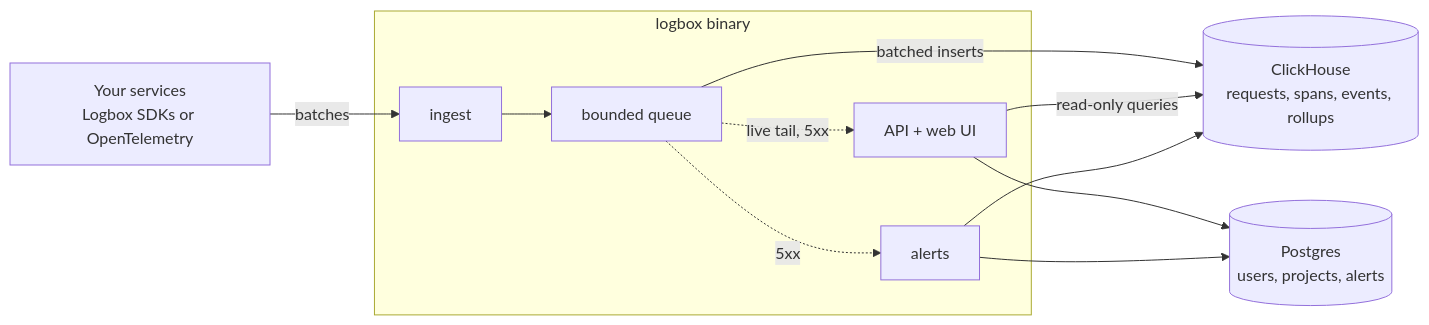
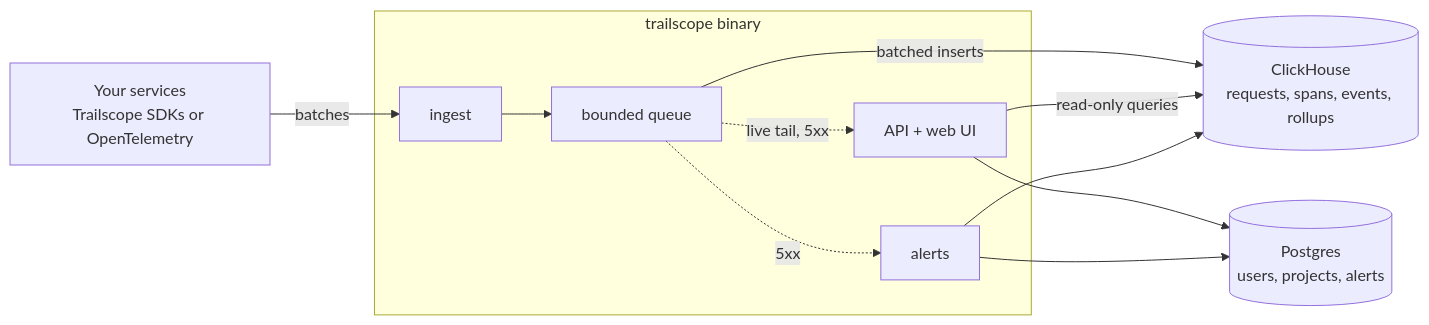
The diagram in README.md (karaa1122/trailscope), drawn with Mermaid before and after one commit. The commit also changed other lines of this file and 292 other files, not shown here.

First line of the commit message:
refactor!: rename Logbox to Trailscope

````diff
--- a/README.md
+++ b/README.md
@@ -99,16 +99,16 @@
 ```mermaid
 flowchart LR
-  apps[Your services<br/>Logbox SDKs or OpenTelemetry] -- batches --> ingest
-  subgraph logbox[logbox binary]
+  apps[Your services<br/>Trailscope SDKs or OpenTelemetry] -- batches --> ingest
+  subgraph trailscope[trailscope binary]
     ingest[ingest] --> queue[bounded queue]
     api[API + web UI]
     alerts[alerts]
   end
   queue -- batched inserts --> ch[(ClickHouse<br/>requests, spans, events, rollups)]
   api -- read-only queries --> ch
   alerts --> ch
   api --> pg[(Postgres<br/>users, projects, alerts)]
   alerts --> pg
   queue -. live tail, 5xx .-> api
   queue -. 5xx .-> alerts
 ```
````
